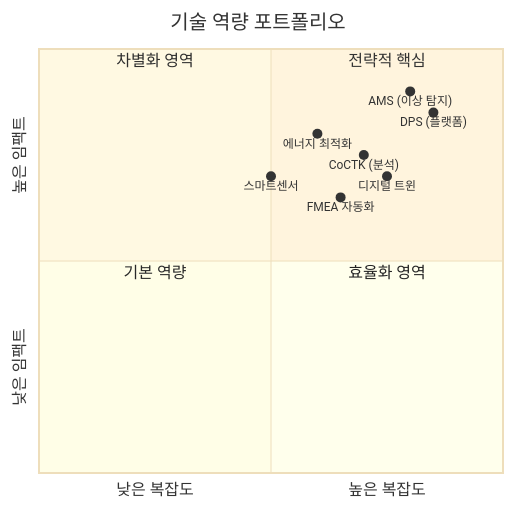
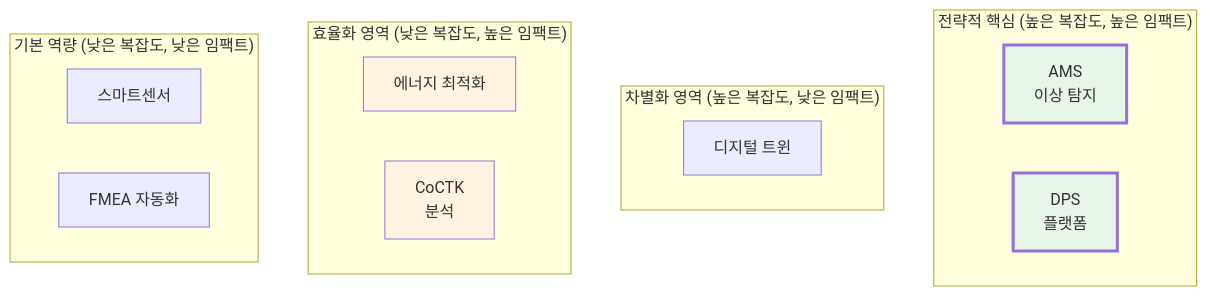
One commit to moobaek/Testing_AI_agents_for_public_use changed the fourth of 12 diagrams in portfolio/portfolio_docs/Executive_Summary/04_Visual_Portfolio.md. Above: the diagram before and after it, drawn with Mermaid. The commit also changed other lines of this file and 16 other files, not shown here.

First line of the commit message:
포트폴리오 문서 업데이트: GS 인증 정보 수정, Mermaid 다이어그램 옵시디언 호환성 개선, 개인 프로필 추가

````diff
--- a/portfolio/portfolio_docs/Executive_Summary/04_Visual_Portfolio.md
+++ b/portfolio/portfolio_docs/Executive_Summary/04_Visual_Portfolio.md
@@ -140,20 +137,26 @@
 ```mermaid
-%%{init: {'theme':'base'}}%%
-quadrantChart
-    title 기술 역량 포트폴리오
-    x-axis "낮은 복잡도" --> "높은 복잡도"
-    y-axis "낮은 임팩트" --> "높은 임팩트"
+graph TB
+    subgraph "전략적 핵심 (높은 복잡도, 높은 임팩트)"
+        A1["AMS<br/>이상 탐지"]
+        A2["DPS<br/>플랫폼"]
+    end
     
-    quadrant-1 "전략적 핵심"
-    quadrant-2 "차별화 영역"
-    quadrant-3 "기본 역량"
-    quadrant-4 "효율화 영역"
+    subgraph "차별화 영역 (높은 복잡도, 낮은 임팩트)"
+        B1["디지털 트윈"]
+    end
     
-    "AMS (이상 탐지)": [0.8, 0.9]
-    "DPS (플랫폼)": [0.85, 0.85]
-    "에너지 최적화": [0.6, 0.8]
-    "스마트센서": [0.5, 0.7]
-    "CoCTK (분석)": [0.7, 0.75]
-    "디지털 트윈": [0.75, 0.7]
-    "FMEA 자동화": [0.65, 0.65]
+    subgraph "효율화 영역 (낮은 복잡도, 높은 임팩트)"
+        C1["에너지 최적화"]
+        C2["CoCTK<br/>분석"]
+    end
+    
+    subgraph "기본 역량 (낮은 복잡도, 낮은 임팩트)"
+        D1["스마트센서"]
+        D2["FMEA 자동화"]
+    end
+    
+    style A1 fill:#e8f5e9,stroke-width:3px
+    style A2 fill:#e8f5e9,stroke-width:3px
+    style C1 fill:#fff4e1
+    style C2 fill:#fff4e1
 ```
````
